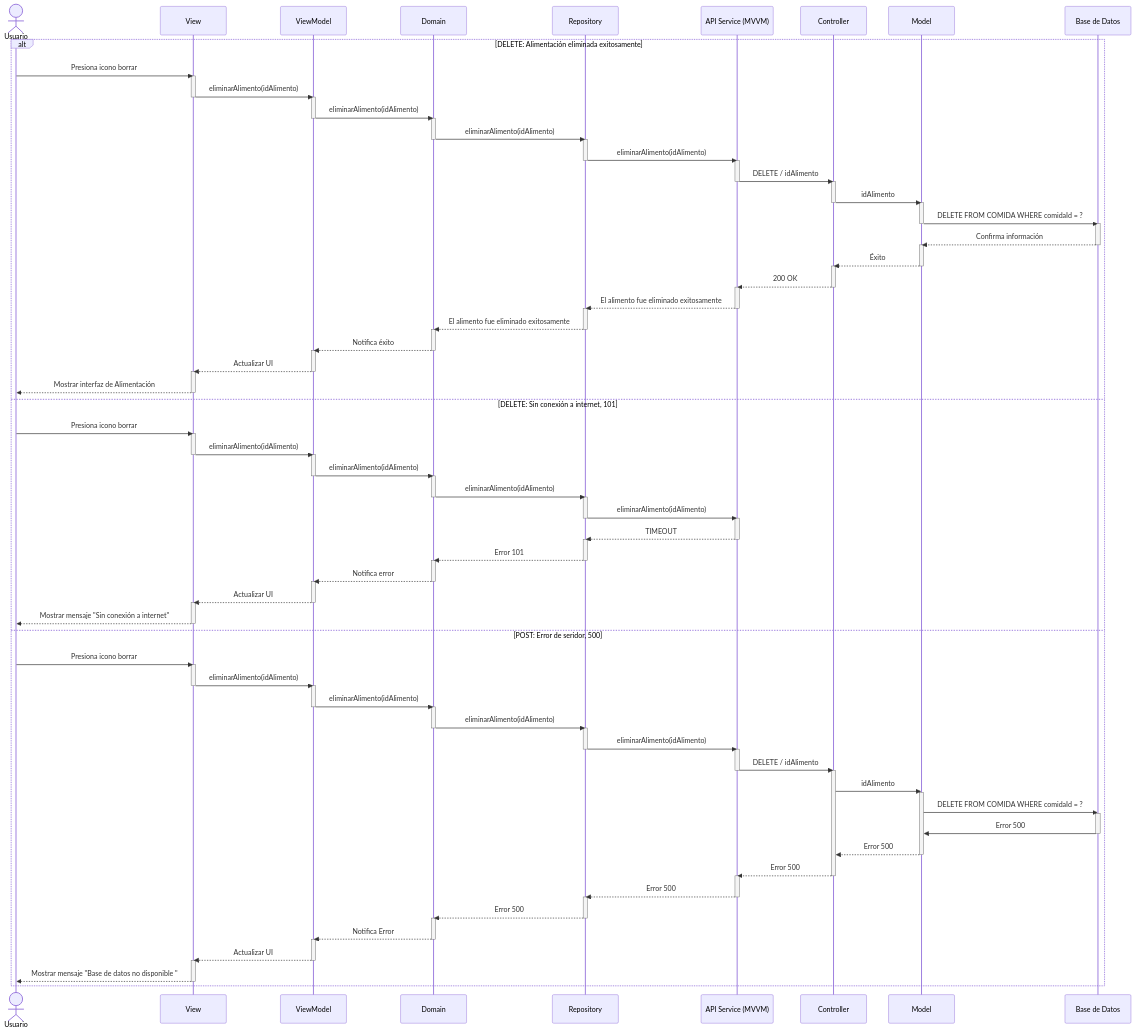
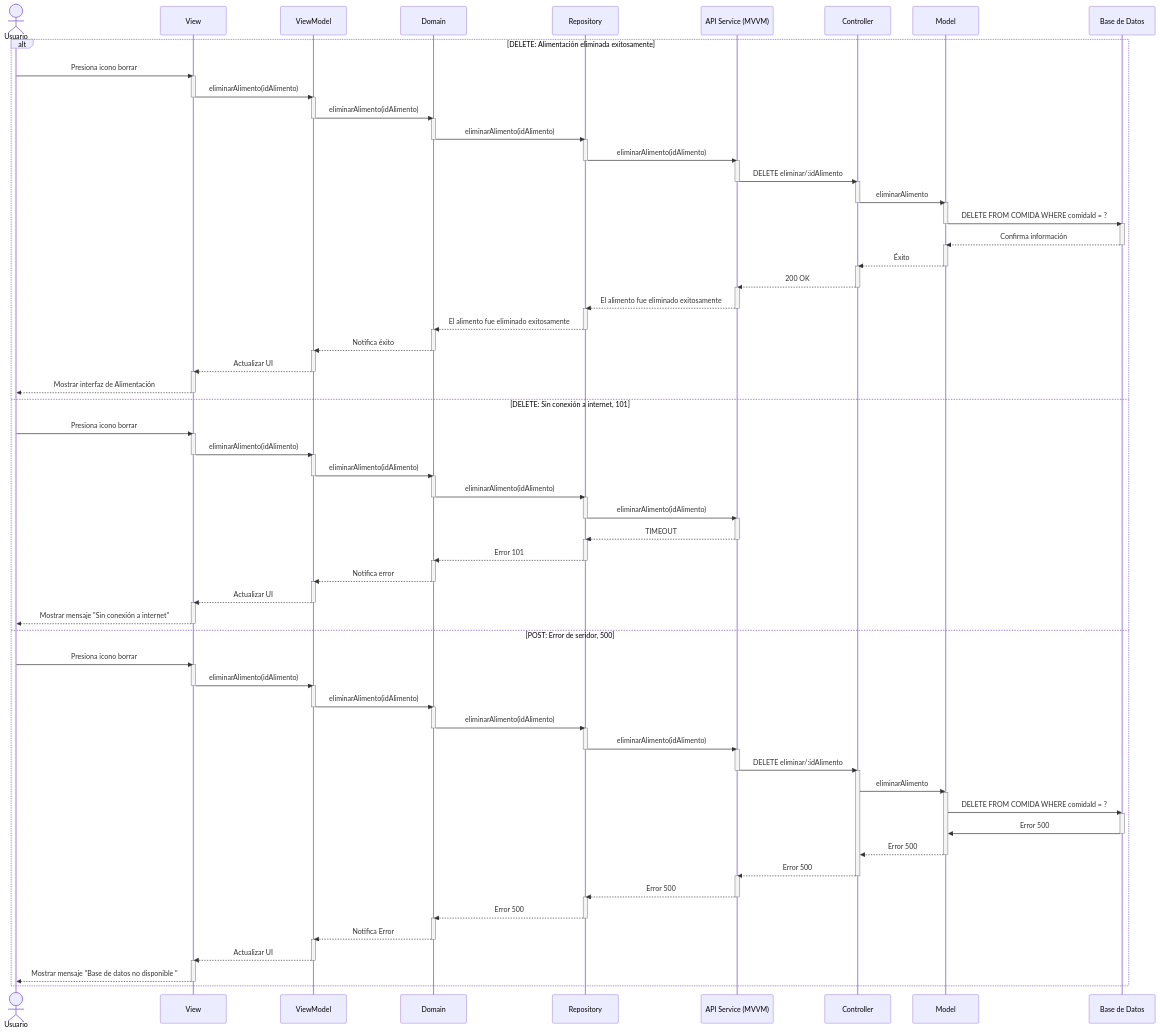
One commit to CodeAnd-Co/Documentacion changed the diagram in documentation/docs/proyectos/larvas/documentacion/requisitos/RF25.md. Above: the diagram before and after it, drawn with Mermaid.

Commit message:
Corregir nombres de funciones y ruta

```diff
--- a/documentation/docs/proyectos/larvas/documentacion/requisitos/RF25.md
+++ b/documentation/docs/proyectos/larvas/documentacion/requisitos/RF25.md
@@ -54,11 +54,11 @@
         deactivate Repository
         activate APIService
 
-        APIService->>Controller: DELETE / idAlimento
+        APIService->>Controller: DELETE eliminar/:idAlimento
         deactivate APIService
         activate Controller
 
-        Controller->>Model: idAlimento
+        Controller->>Model: eliminarAlimento
         deactivate Controller
         activate Model
 
@@ -157,11 +157,11 @@
         deactivate Repository
         activate APIService
 
-        APIService->>Controller: DELETE / idAlimento
+        APIService->>Controller: DELETE eliminar/:idAlimento
         deactivate APIService
         activate Controller
 
-        Controller->>Model: idAlimento
+        Controller->>Model: eliminarAlimento
         
         activate Model
 
```
